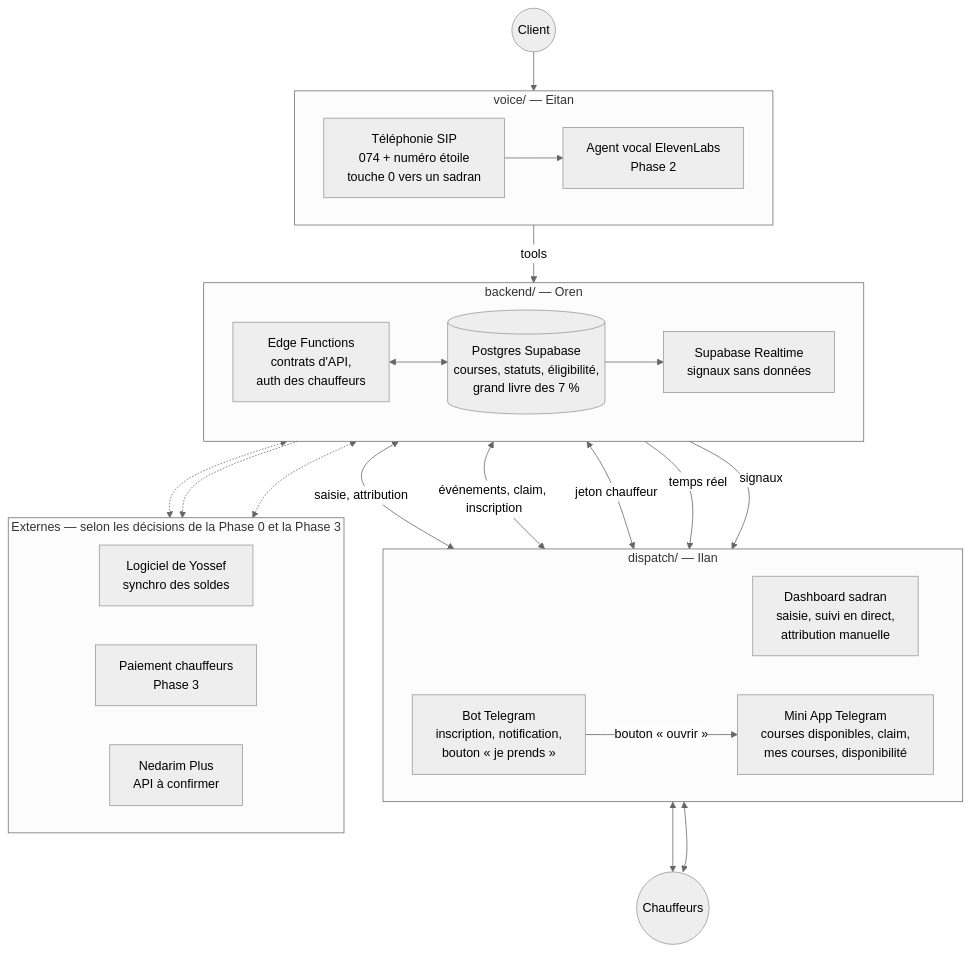
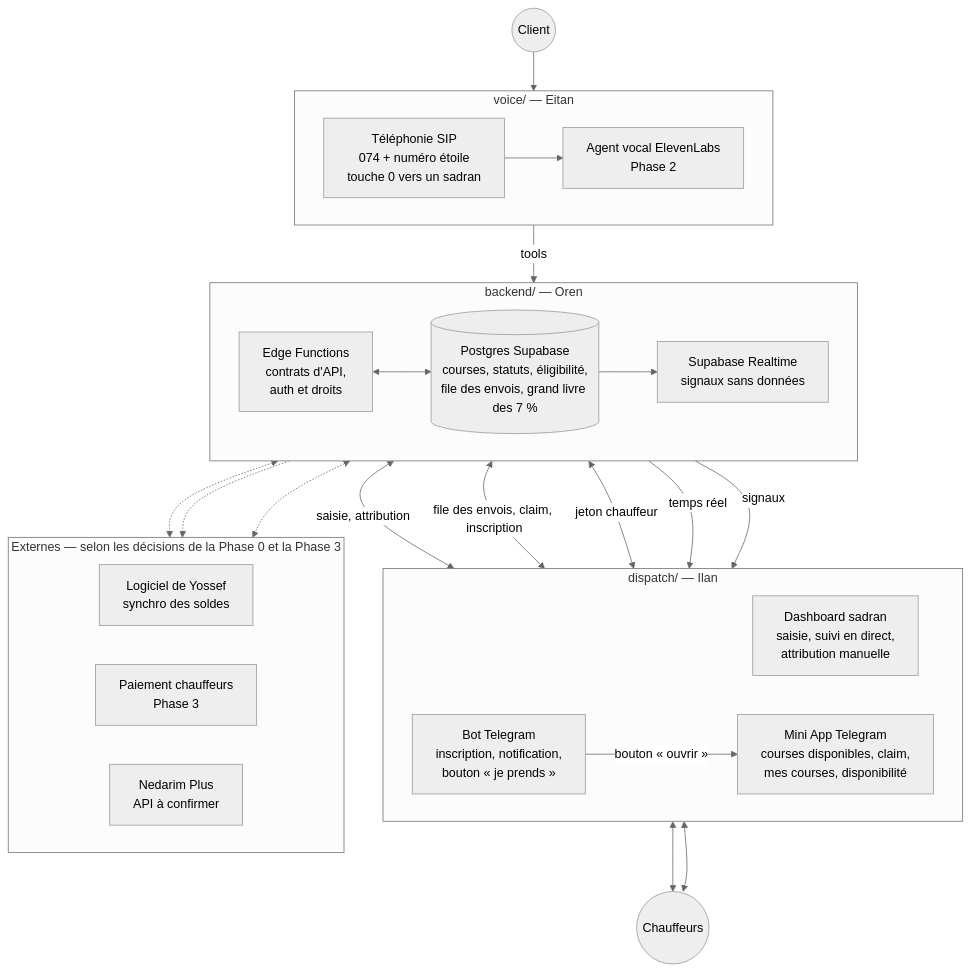
Before and after one commit to oren1996/driverss: the first of 5 diagrams in docs/ARCHITECTURE.md, drawn with Mermaid (neutral theme). The commit also changed other lines of this file and 12 other files, not shown here.

First line of the commit message:
docs: corrections après relecture critique (droits, envois du bot, devis, grand livre)

````diff
--- a/docs/ARCHITECTURE.md
+++ b/docs/ARCHITECTURE.md
@@ -7,45 +7,45 @@
 ```mermaid
 flowchart TB
     Client(("Client"))
 
     subgraph VOICE["voice/ — Eitan"]
         direction LR
         SIP["Téléphonie SIP<br/>074 + numéro étoile<br/>touche 0 vers un sadran"] --> VA["Agent vocal ElevenLabs<br/>Phase 2"]
     end
 
     subgraph BACKEND["backend/ — Oren"]
         direction LR
-        API["Edge Functions<br/>contrats d'API,<br/>auth des chauffeurs"] <--> DB[("Postgres Supabase<br/>courses, statuts, éligibilité,<br/>grand livre des 7 %")]
+        API["Edge Functions<br/>contrats d'API,<br/>auth et droits"] <--> DB[("Postgres Supabase<br/>courses, statuts, éligibilité,<br/>file des envois, grand livre des 7 %")]
         DB --> RT["Supabase Realtime<br/>signaux sans données"]
     end
 
     subgraph DISPATCH["dispatch/ — Ilan"]
         direction LR
         DASH["Dashboard sadran<br/>saisie, suivi en direct,<br/>attribution manuelle"]
         BOT["Bot Telegram<br/>inscription, notification,<br/>bouton « je prends »"]
         TMA["Mini App Telegram<br/>courses disponibles, claim,<br/>mes courses, disponibilité"]
     end
 
     Drivers(("Chauffeurs"))
 
     subgraph EXT["Externes — selon les décisions de la Phase 0 et la Phase 3"]
         direction LR
         Y["Logiciel de Yossef<br/>synchro des soldes"]
         PAY["Paiement chauffeurs<br/>Phase 3"]
         NP["Nedarim Plus<br/>API à confirmer"]
     end
 
     Client --> SIP
     VA -->|tools| API
     API <-->|saisie, attribution| DASH
-    API <-->|événements, claim, inscription| BOT
+    API <-->|file des envois, claim, inscription| BOT
     API <-->|jeton chauffeur| TMA
     RT -->|temps réel| DASH
     RT -->|signaux| TMA
     BOT -->|bouton « ouvrir »| TMA
     BOT <--> Drivers
     TMA <--> Drivers
     API <-.-> Y
     API -.-> PAY
     API <-.-> NP
 ```
````
